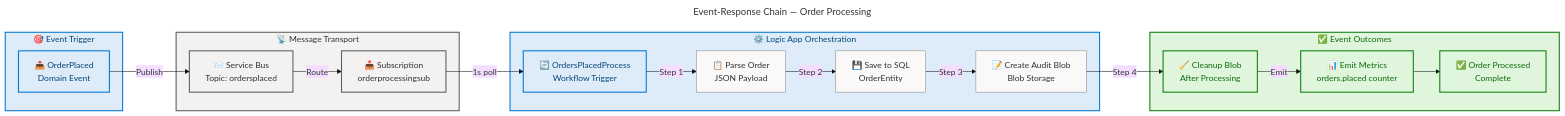
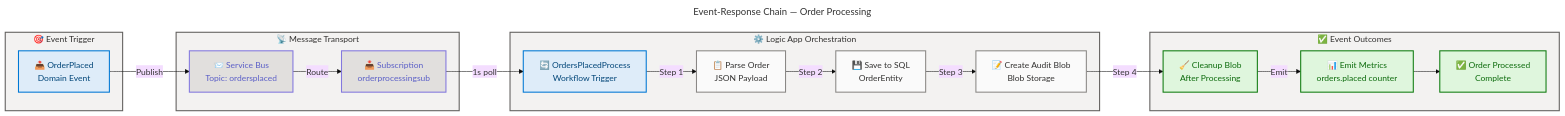
Before and after one commit to Evilazaro/Azure-LogicApps-Monitoring: the fifth of 6 diagrams in docs/architecture/business-architecture.md, drawn with Mermaid. The commit also changed other lines of this file, not shown here.

Commit message:
Refactor flowchart styles and class definitions in business architecture documentation for improved clarity and consistency

````diff
--- a/docs/architecture/business-architecture.md
+++ b/docs/architecture/business-architecture.md
@@ -992,63 +1006,69 @@
 ```mermaid
 ---
 title: Event-Response Chain — Order Processing
 config:
   theme: base
   look: classic
   layout: dagre
   themeVariables:
     fontSize: '16px'
   flowchart:
     htmlLabels: true
 ---
 flowchart LR
     accTitle: Event-Response Chain for Order Processing
     accDescr: Shows the complete event chain from order placement through Service Bus messaging, Logic App orchestration, audit creation, and blob cleanup
 
     %% ═══════════════════════════════════════════════════════════════════════════
     %% AZURE / FLUENT ARCHITECTURE PATTERN v1.1
     %% (Semantic + Structural + Font + Accessibility Governance)
+    %% ═══════════════════════════════════════════════════════════════════════════
+    %% PHASE 1 - STRUCTURAL: Direction explicit, flat topology, nesting ≤ 3
+    %% PHASE 2 - SEMANTIC: Colors justified, max 5 semantic classes, neutral-first
+    %% PHASE 3 - FONT: Dark text on light backgrounds, contrast ≥ 4.5:1
+    %% PHASE 4 - ACCESSIBILITY: accTitle/accDescr present, icons on all nodes
+    %% PHASE 5 - STANDARD: Governance block present, classDefs centralized
     %% ═══════════════════════════════════════════════════════════════════════════
 
     subgraph Trigger["🎯 Event Trigger"]
         E1["📤 OrderPlaced<br/>Domain Event"]:::core
     end
 
     subgraph Transport["📡 Message Transport"]
         SB["📨 Service Bus<br/>Topic: ordersplaced"]:::data
         SUB["📥 Subscription<br/>orderprocessingsub"]:::data
     end
 
     subgraph Processing["⚙️ Logic App Orchestration"]
         LA["🔄 OrdersPlacedProcess<br/>Workflow Trigger"]:::core
         PARSE["📋 Parse Order<br/>JSON Payload"]:::neutral
         PERSIST["💾 Save to SQL<br/>OrderEntity"]:::neutral
         AUDIT["📝 Create Audit Blob<br/>Blob Storage"]:::neutral
     end
 
     subgraph Completion["✅ Event Outcomes"]
         CLEAN["🧹 Cleanup Blob<br/>After Processing"]:::success
         METRIC["📊 Emit Metrics<br/>orders.placed counter"]:::success
         DONE["✅ Order Processed<br/>Complete"]:::success
     end
 
     E1 -->|"Publish"| SB
     SB -->|"Route"| SUB
     SUB -->|"1s poll"| LA
     LA -->|"Step 1"| PARSE
     PARSE -->|"Step 2"| PERSIST
     PERSIST -->|"Step 3"| AUDIT
     AUDIT -->|"Step 4"| CLEAN
     CLEAN -->|"Emit"| METRIC
     METRIC --> DONE
 
-    style Trigger fill:#DEECF9,stroke:#0078D4,stroke-width:2px,color:#004578
+    style Trigger fill:#F3F2F1,stroke:#605E5C,stroke-width:2px,color:#323130
     style Transport fill:#F3F2F1,stroke:#605E5C,stroke-width:2px,color:#323130
-    style Processing fill:#DEECF9,stroke:#0078D4,stroke-width:2px,color:#004578
-    style Completion fill:#DFF6DD,stroke:#107C10,stroke-width:2px,color:#0B6A0B
+    style Processing fill:#F3F2F1,stroke:#605E5C,stroke-width:2px,color:#323130
+    style Completion fill:#F3F2F1,stroke:#605E5C,stroke-width:2px,color:#323130
 
     classDef core fill:#DEECF9,stroke:#0078D4,stroke-width:2px,color:#004578
-    classDef data fill:#F3F2F1,stroke:#605E5C,stroke-width:2px,color:#323130
-    classDef neutral fill:#FAF9F8,stroke:#8A8886,stroke-width:1px,color:#323130
+    classDef data fill:#E1DFDD,stroke:#8378DE,stroke-width:2px,color:#5B5FC7
+    classDef neutral fill:#FAFAFA,stroke:#8A8886,stroke-width:2px,color:#323130
     classDef success fill:#DFF6DD,stroke:#107C10,stroke-width:2px,color:#0B6A0B
 ```
````
